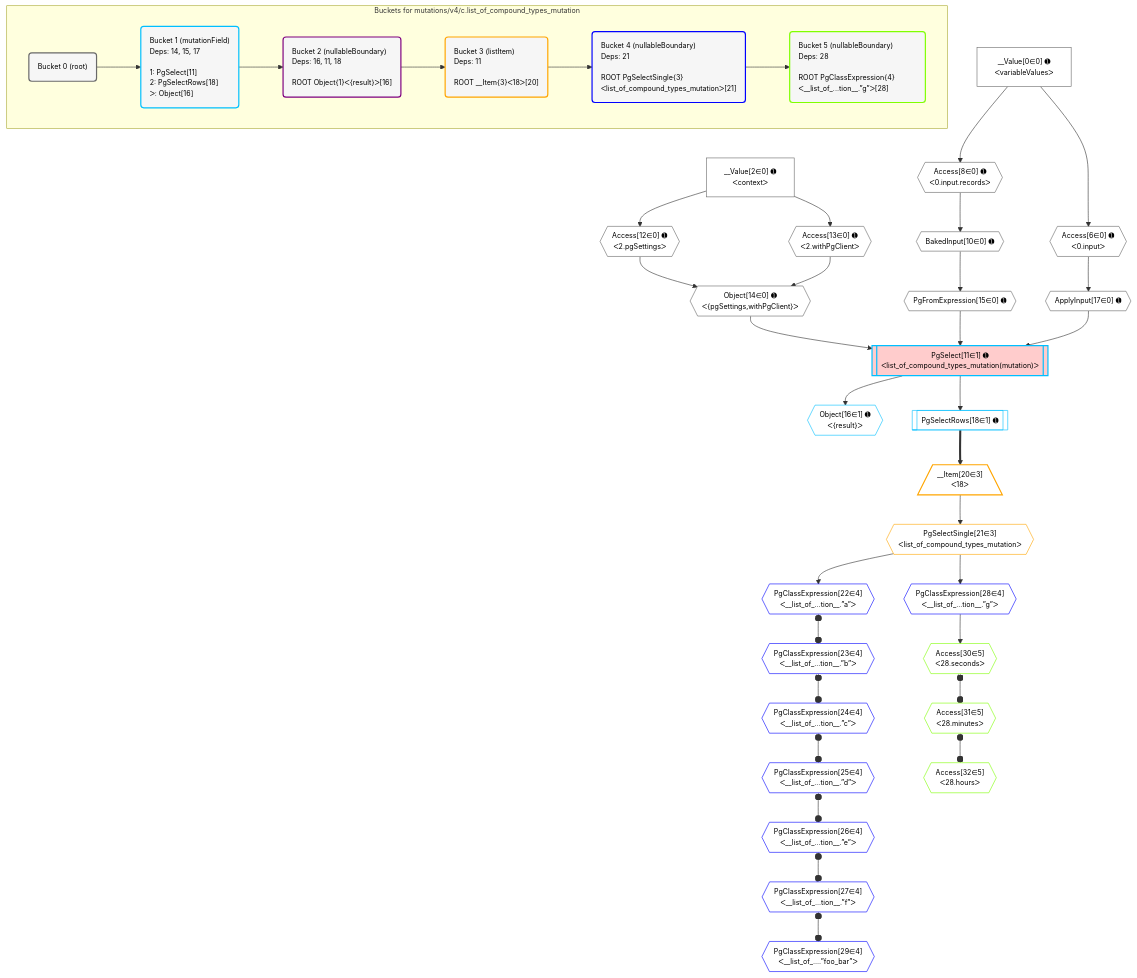
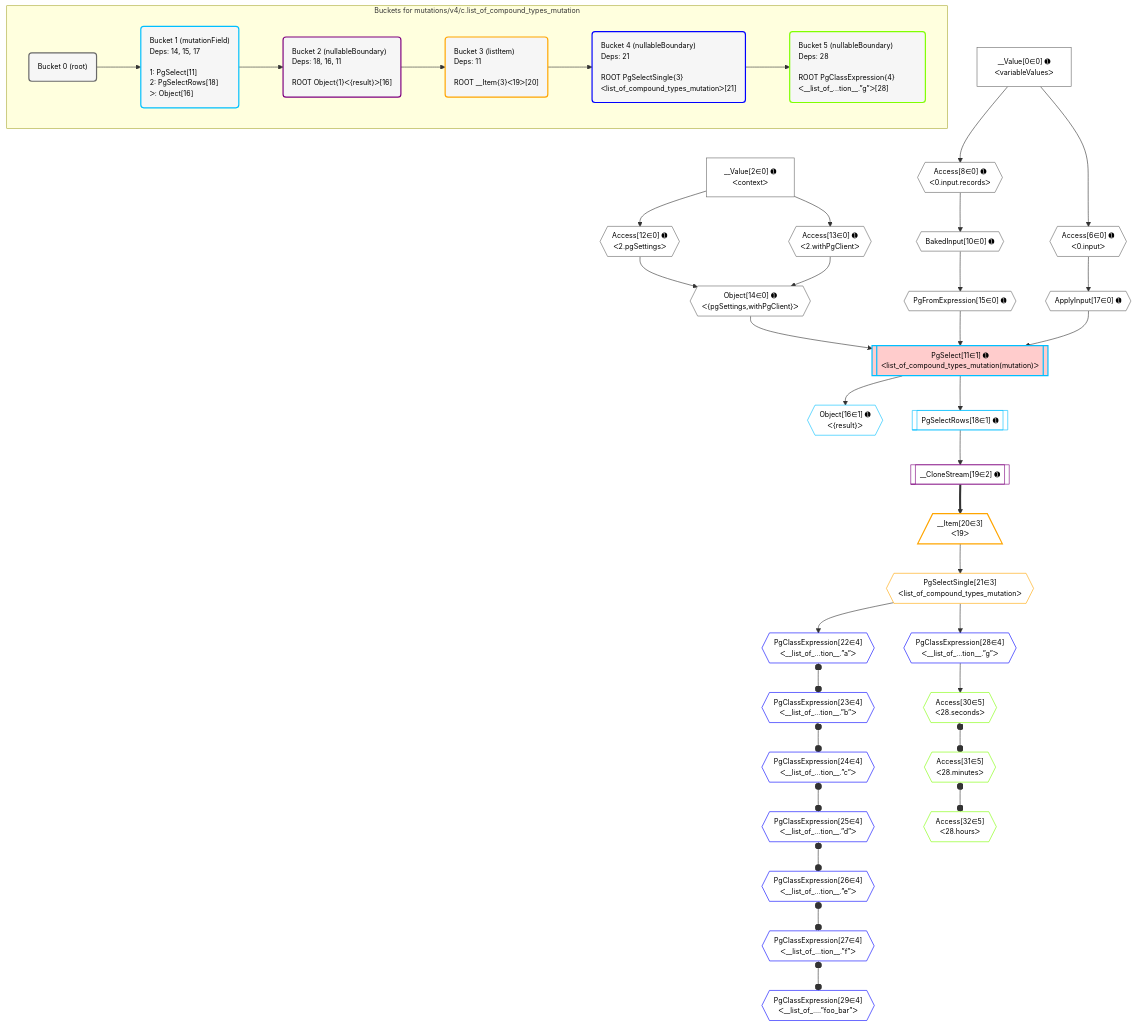
Before and after one commit to benjaie/crystal: the diagram in postgraphile/postgraphile/__tests__/mutations/v4/c.list_of_compound_types_mutation.mermaid, drawn with Mermaid. The commit also changed 5 other files, not shown here.

```diff
--- a/postgraphile/postgraphile/__tests__/mutations/v4/c.list_of_compound_types_mutation.mermaid
+++ b/postgraphile/postgraphile/__tests__/mutations/v4/c.list_of_compound_types_mutation.mermaid
@@ -1,88 +1,90 @@
 %%{init: {'themeVariables': { 'fontSize': '12px'}}}%%
 graph TD
     classDef path fill:#eee,stroke:#000,color:#000
     classDef plan fill:#fff,stroke-width:1px,color:#000
     classDef itemplan fill:#fff,stroke-width:2px,color:#000
     classDef unbatchedplan fill:#dff,stroke-width:1px,color:#000
     classDef sideeffectplan fill:#fcc,stroke-width:2px,color:#000
     classDef bucket fill:#f6f6f6,color:#000,stroke-width:2px,text-align:left
 
     subgraph "Buckets for mutations/v4/c.list_of_compound_types_mutation"
     Bucket0("Bucket 0 (root)"):::bucket
     Bucket1("Bucket 1 (mutationField)<br />Deps: 14, 15, 17<br /><br />1: PgSelect[11]<br />2: PgSelectRows[18]<br />ᐳ: Object[16]"):::bucket
-    Bucket2("Bucket 2 (nullableBoundary)<br />Deps: 16, 11, 18<br /><br />ROOT Object{1}ᐸ{result}ᐳ[16]"):::bucket
-    Bucket3("Bucket 3 (listItem)<br />Deps: 11<br /><br />ROOT __Item{3}ᐸ18ᐳ[20]"):::bucket
+    Bucket2("Bucket 2 (nullableBoundary)<br />Deps: 18, 16, 11<br /><br />ROOT Object{1}ᐸ{result}ᐳ[16]"):::bucket
+    Bucket3("Bucket 3 (listItem)<br />Deps: 11<br /><br />ROOT __Item{3}ᐸ19ᐳ[20]"):::bucket
     Bucket4("Bucket 4 (nullableBoundary)<br />Deps: 21<br /><br />ROOT PgSelectSingle{3}ᐸlist_of_compound_types_mutationᐳ[21]"):::bucket
     Bucket5("Bucket 5 (nullableBoundary)<br />Deps: 28<br /><br />ROOT PgClassExpression{4}ᐸ__list_of_...tion__.”g”ᐳ[28]"):::bucket
     end
     Bucket0 --> Bucket1
     Bucket1 --> Bucket2
     Bucket2 --> Bucket3
     Bucket3 --> Bucket4
     Bucket4 --> Bucket5
 
     %% plan dependencies
     Object14{{"Object[14∈0] ➊<br />ᐸ{pgSettings,withPgClient}ᐳ"}}:::plan
     Access12{{"Access[12∈0] ➊<br />ᐸ2.pgSettingsᐳ"}}:::plan
     Access13{{"Access[13∈0] ➊<br />ᐸ2.withPgClientᐳ"}}:::plan
     Access12 & Access13 --> Object14
     Access6{{"Access[6∈0] ➊<br />ᐸ0.inputᐳ"}}:::plan
     __Value0["__Value[0∈0] ➊<br />ᐸvariableValuesᐳ"]:::plan
     __Value0 --> Access6
     Access8{{"Access[8∈0] ➊<br />ᐸ0.input.recordsᐳ"}}:::plan
     __Value0 --> Access8
     BakedInput10{{"BakedInput[10∈0] ➊"}}:::plan
     Access8 --> BakedInput10
     __Value2["__Value[2∈0] ➊<br />ᐸcontextᐳ"]:::plan
     __Value2 --> Access12
     __Value2 --> Access13
     PgFromExpression15{{"PgFromExpression[15∈0] ➊"}}:::plan
     BakedInput10 --> PgFromExpression15
     ApplyInput17{{"ApplyInput[17∈0] ➊"}}:::plan
     Access6 --> ApplyInput17
     PgSelect11[["PgSelect[11∈1] ➊<br />ᐸlist_of_compound_types_mutation(mutation)ᐳ"]]:::sideeffectplan
     Object14 & PgFromExpression15 & ApplyInput17 --> PgSelect11
     Object16{{"Object[16∈1] ➊<br />ᐸ{result}ᐳ"}}:::plan
     PgSelect11 --> Object16
     PgSelectRows18[["PgSelectRows[18∈1] ➊"]]:::plan
     PgSelect11 --> PgSelectRows18
-    __Item20[/"__Item[20∈3]<br />ᐸ18ᐳ"\]:::itemplan
-    PgSelectRows18 ==> __Item20
+    __CloneStream19[["__CloneStream[19∈2] ➊"]]:::plan
+    PgSelectRows18 --> __CloneStream19
+    __Item20[/"__Item[20∈3]<br />ᐸ19ᐳ"\]:::itemplan
+    __CloneStream19 ==> __Item20
     PgSelectSingle21{{"PgSelectSingle[21∈3]<br />ᐸlist_of_compound_types_mutationᐳ"}}:::plan
     __Item20 --> PgSelectSingle21
     PgClassExpression22{{"PgClassExpression[22∈4]<br />ᐸ__list_of_...tion__.”a”ᐳ"}}:::plan
     PgSelectSingle21 --> PgClassExpression22
     PgClassExpression23{{"PgClassExpression[23∈4]<br />ᐸ__list_of_...tion__.”b”ᐳ"}}:::plan
     PgClassExpression22 o--o PgClassExpression23
     PgClassExpression24{{"PgClassExpression[24∈4]<br />ᐸ__list_of_...tion__.”c”ᐳ"}}:::plan
     PgClassExpression23 o--o PgClassExpression24
     PgClassExpression25{{"PgClassExpression[25∈4]<br />ᐸ__list_of_...tion__.”d”ᐳ"}}:::plan
     PgClassExpression24 o--o PgClassExpression25
     PgClassExpression26{{"PgClassExpression[26∈4]<br />ᐸ__list_of_...tion__.”e”ᐳ"}}:::plan
     PgClassExpression25 o--o PgClassExpression26
     PgClassExpression27{{"PgClassExpression[27∈4]<br />ᐸ__list_of_...tion__.”f”ᐳ"}}:::plan
     PgClassExpression26 o--o PgClassExpression27
     PgClassExpression28{{"PgClassExpression[28∈4]<br />ᐸ__list_of_...tion__.”g”ᐳ"}}:::plan
     PgSelectSingle21 --> PgClassExpression28
     PgClassExpression29{{"PgClassExpression[29∈4]<br />ᐸ__list_of_....”foo_bar”ᐳ"}}:::plan
     PgClassExpression27 o--o PgClassExpression29
     Access30{{"Access[30∈5]<br />ᐸ28.secondsᐳ"}}:::plan
     PgClassExpression28 --> Access30
     Access31{{"Access[31∈5]<br />ᐸ28.minutesᐳ"}}:::plan
     Access30 o--o Access31
     Access32{{"Access[32∈5]<br />ᐸ28.hoursᐳ"}}:::plan
     Access31 o--o Access32
 
     %% define steps
     classDef bucket0 stroke:#696969
     class Bucket0,__Value0,__Value2,Access6,Access8,BakedInput10,Access12,Access13,Object14,PgFromExpression15,ApplyInput17 bucket0
     classDef bucket1 stroke:#00bfff
     class Bucket1,PgSelect11,Object16,PgSelectRows18 bucket1
     classDef bucket2 stroke:#7f007f
-    class Bucket2 bucket2
+    class Bucket2,__CloneStream19 bucket2
     classDef bucket3 stroke:#ffa500
     class Bucket3,__Item20,PgSelectSingle21 bucket3
     classDef bucket4 stroke:#0000ff
     class Bucket4,PgClassExpression22,PgClassExpression23,PgClassExpression24,PgClassExpression25,PgClassExpression26,PgClassExpression27,PgClassExpression28,PgClassExpression29 bucket4
     classDef bucket5 stroke:#7fff00
     class Bucket5,Access30,Access31,Access32 bucket5
```
